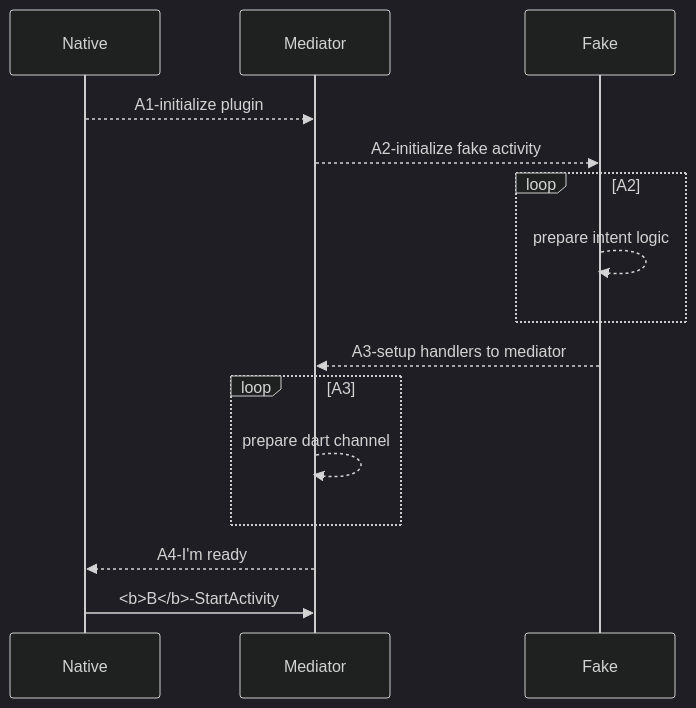
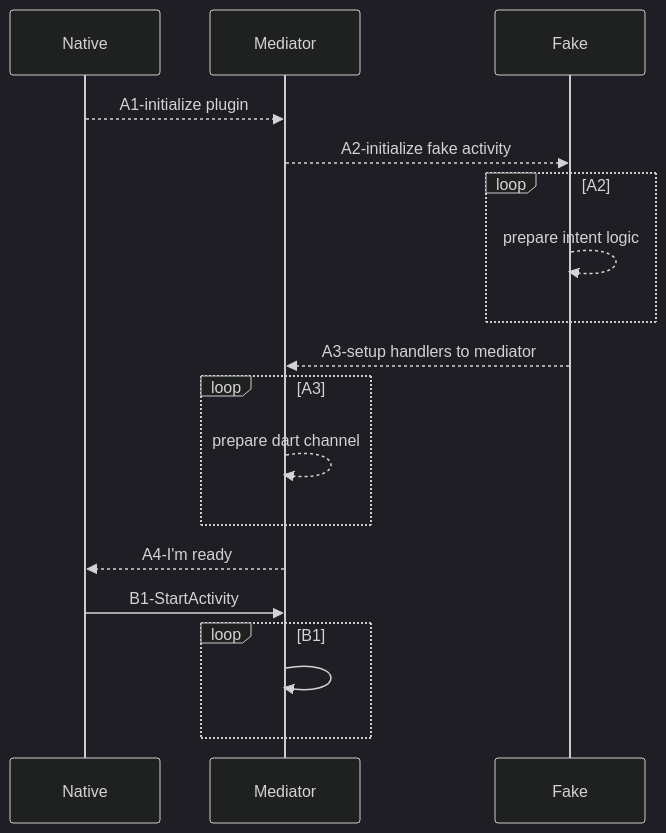
One commit to gordianknotC/nxp_note changed the second of 2 diagrams in flutter/addActivityResultListener.md. Above: the diagram before and after it, drawn with Mermaid (dark theme). The commit also changed other lines of this file, not shown here.

Commit message:
flutter/addActivityResultListener.md updated from https://stackedit.io/

````diff
--- a/flutter/addActivityResultListener.md
+++ b/flutter/addActivityResultListener.md
@@ -55,14 +55,17 @@
 ```mermaid
 sequenceDiagram
 Native -->> Mediator: A1-initialize plugin
 Mediator -->> Fake: A2-initialize fake activity
 loop A2
 	Fake -->> Fake: prepare intent logic
 end
 Fake -->> Mediator: A3-setup handlers to mediator
 loop A3
 	Mediator -->> Mediator: prepare dart channel
 end
 Mediator -->> Native: A4-I'm ready
-Native ->> Mediator: <b>B</b>-StartActivity
+Native ->> Mediator: B1-StartActivity
+loop B1
+	Mediator ->> Mediator: 
+end
 ```
````
